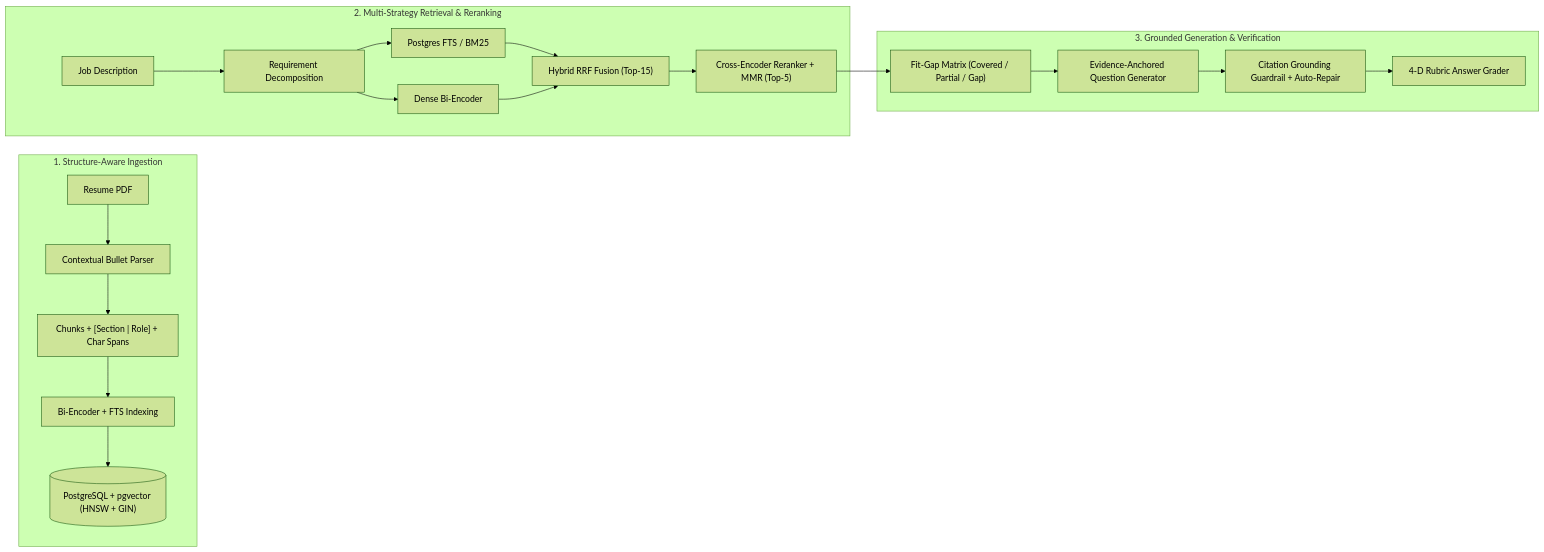
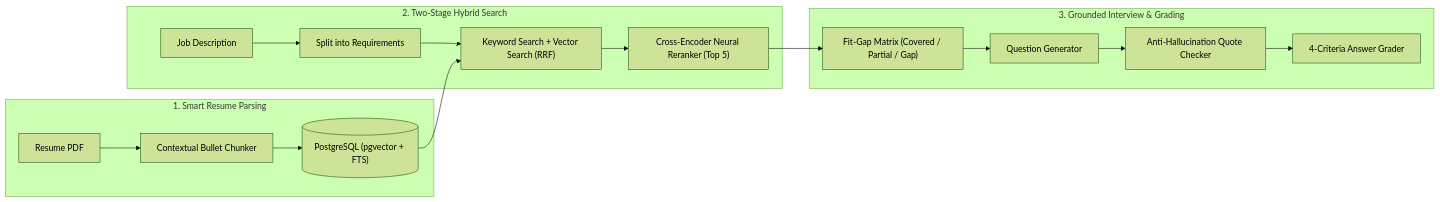
The diagram in README.md (Sam-Chhabra/Interview-Forge), drawn with Mermaid (forest theme) before and after one commit. The commit also changed other lines of this file and 2 other files, not shown here.

````diff
--- a/README.md
+++ b/README.md
@@ -48,25 +88,21 @@
 ```mermaid
 flowchart LR
-  subgraph Ingestion["1. Structure-Aware Ingestion"]
-    PDF["Resume PDF"] --> Parser["Contextual Bullet Parser"]
-    Parser --> Chunks["Chunks + [Section | Role] + Char Spans"]
-    Chunks --> Embed["Bi-Encoder + FTS Indexing"]
-    Embed --> PG[("PostgreSQL + pgvector (HNSW + GIN)")]
+  subgraph Step1["1. Smart Resume Parsing"]
+    PDF["Resume PDF"] --> Parser["Contextual Bullet Chunker"]
+    Parser --> DB[("PostgreSQL (pgvector + FTS)")]
   end
 
-  subgraph Retrieval["2. Multi-Strategy Retrieval & Reranking"]
-    JD["Job Description"] --> ReqDecomp["Requirement Decomposition"]
-    ReqDecomp --> FTS["Postgres FTS / BM25"]
-    ReqDecomp --> Dense["Dense Bi-Encoder"]
-    FTS --> RRF["Hybrid RRF Fusion (Top-15)"]
-    Dense --> RRF
-    RRF --> CE["Cross-Encoder Reranker + MMR (Top-5)"]
+  subgraph Step2["2. Two-Stage Hybrid Search"]
+    JD["Job Description"] --> Split["Split into Requirements"]
+    Split --> Hybrid["Keyword Search + Vector Search (RRF)"]
+    DB --> Hybrid
+    Hybrid --> Rerank["Cross-Encoder Neural Reranker (Top 5)"]
   end
 
-  subgraph Generation["3. Grounded Generation & Verification"]
-    CE --> FitMatrix["Fit-Gap Matrix (Covered / Partial / Gap)"]
-    FitMatrix --> QGen["Evidence-Anchored Question Generator"]
-    QGen --> Guard["Citation Grounding Guardrail + Auto-Repair"]
-    Guard --> Eval["4-D Rubric Answer Grader"]
+  subgraph Step3["3. Grounded Interview & Grading"]
+    Rerank --> FitGap["Fit-Gap Matrix (Covered / Partial / Gap)"]
+    FitGap --> QGen["Question Generator"]
+    QGen --> Guard["Anti-Hallucination Quote Checker"]
+    Guard --> Grader["4-Criteria Answer Grader"]
   end
 ```
````
